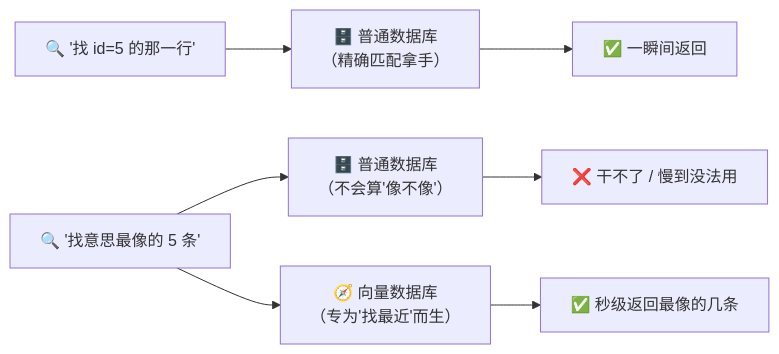
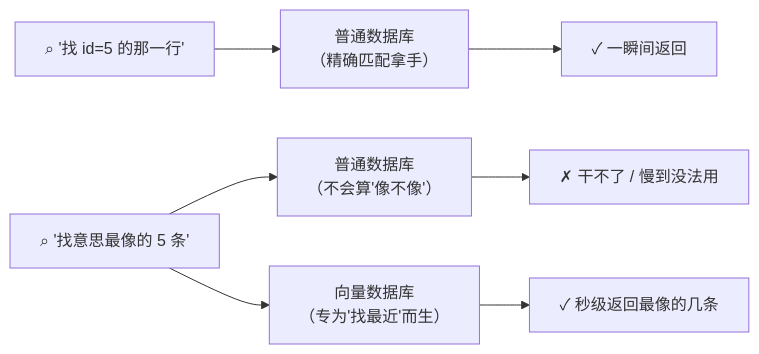
One commit to luckykhy/KhyAiHub changed the first of 7 diagrams in docs/02_CONCEPTS_概念入门/CONCEPT/[CONCEPT-10] 什么是向量数据库.md. Above: the diagram before and after it, drawn with Mermaid. The commit also changed other lines of this file and 19 other files, not shown here.

````diff
--- a/docs/02_CONCEPTS_概念入门/CONCEPT/[CONCEPT-10] 什么是向量数据库.md
+++ b/docs/02_CONCEPTS_概念入门/CONCEPT/[CONCEPT-10] 什么是向量数据库.md
@@ -34,9 +34,9 @@
 ```mermaid
 flowchart LR
-  Q1["🔍 '找 id=5 的那一行'"] --> DB1["🗄️ 普通数据库<br/>（精确匹配拿手）"]
-  DB1 --> R1["✅ 一瞬间返回"]
-  Q2["🔍 '找意思最像的 5 条'"] --> DB2["🗄️ 普通数据库<br/>（不会算'像不像'）"]
-  DB2 --> R2["❌ 干不了 / 慢到没法用"]
-  Q2 --> VDB["🧭 向量数据库<br/>（专为'找最近'而生）"]
-  VDB --> R3["✅ 秒级返回最像的几条"]
+  Q1["⌕ '找 id=5 的那一行'"] --> DB1["普通数据库<br/>（精确匹配拿手）"]
+  DB1 --> R1["✓ 一瞬间返回"]
+  Q2["⌕ '找意思最像的 5 条'"] --> DB2["普通数据库<br/>（不会算'像不像'）"]
+  DB2 --> R2["✗ 干不了 / 慢到没法用"]
+  Q2 --> VDB["向量数据库<br/>（专为'找最近'而生）"]
+  VDB --> R3["✓ 秒级返回最像的几条"]
 ```
````
